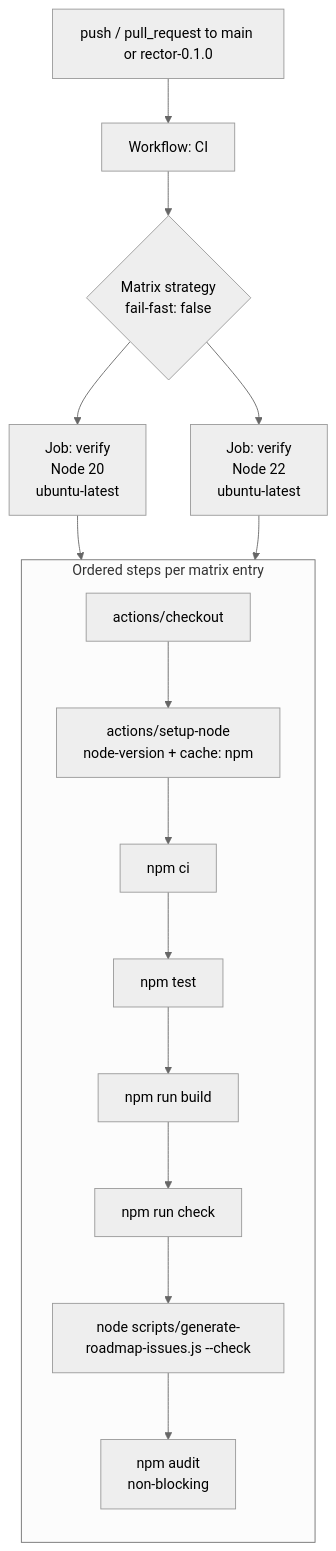
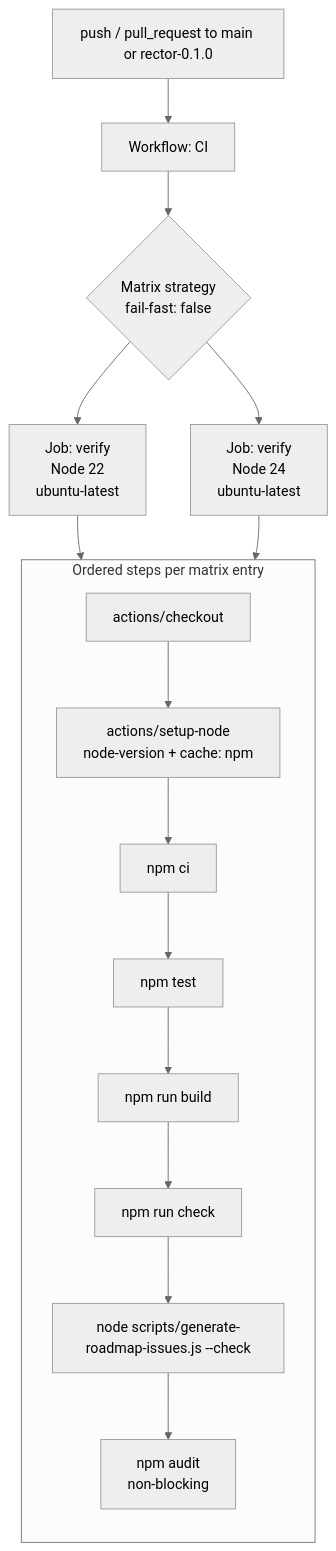
One commit to ArchiTecCTT/Rector changed the diagram in .kiro/specs/ci-release-workflow/design.md. Above: the diagram before and after it, drawn with Mermaid (neutral theme). The commit also changed other lines of this file and 16 other files, not shown here.

````diff
--- a/.kiro/specs/ci-release-workflow/design.md
+++ b/.kiro/specs/ci-release-workflow/design.md
@@ -68,19 +68,19 @@
 ```mermaid
 flowchart TD
     A[push / pull_request to main or rector-0.1.0] --> B[Workflow: CI]
     B --> C{Matrix strategy<br/>fail-fast: false}
-    C --> D[Job: verify<br/>Node 20<br/>ubuntu-latest]
-    C --> E[Job: verify<br/>Node 22<br/>ubuntu-latest]
+    C --> D[Job: verify<br/>Node 22<br/>ubuntu-latest]
+    C --> E[Job: verify<br/>Node 24<br/>ubuntu-latest]
     subgraph Steps [Ordered steps per matrix entry]
         direction TB
         S1[actions/checkout] --> S2[actions/setup-node<br/>node-version + cache: npm]
         S2 --> S3[npm ci]
         S3 --> S4[npm test]
         S4 --> S5[npm run build]
         S5 --> S6[npm run check]
         S6 --> S7[node scripts/generate-roadmap-issues.js --check]
         S7 --> S8[npm audit<br/>non-blocking]
     end
     D --> Steps
     E --> Steps
 ```
````
